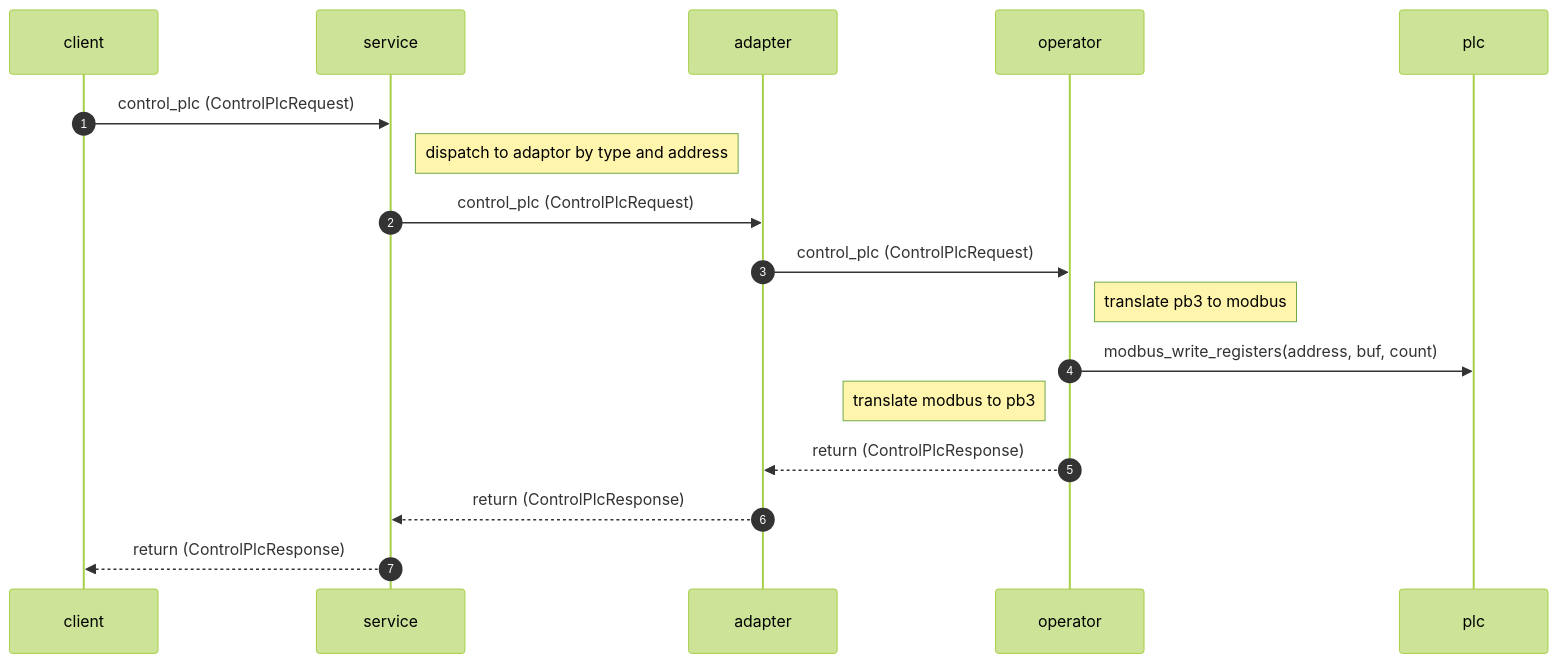
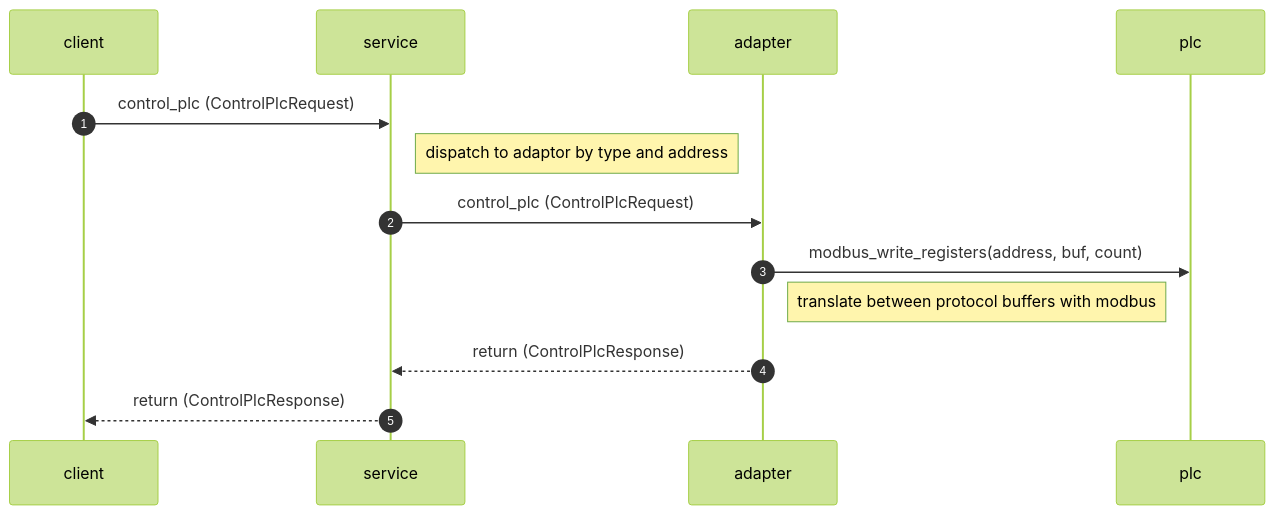
Before and after one commit to FutureOrientedGB/plc_control: the fifth of 6 diagrams in README.md, drawn with Mermaid (forest theme). The commit also changed other lines of this file and 3 other files, not shown here.

````diff
--- a/README.md
+++ b/README.md
@@ -52,20 +52,16 @@
 ```mermaid
 sequenceDiagram
     autonumber
     participant client
     participant service
     participant adapter
-    participant operator
     participant plc
 
 client->>service: control_plc (ControlPlcRequest)
 Note right of service: dispatch to adaptor by type and address
 service->>adapter: control_plc (ControlPlcRequest)
-adapter->>operator: control_plc (ControlPlcRequest)
-Note right of operator: translate pb3 to modbus
-operator->>plc: modbus_write_registers(address, buf, count)
-Note left of operator: translate modbus to pb3
-operator-->>adapter: return (ControlPlcResponse)
+adapter->>plc: modbus_write_registers(address, buf, count)
+Note right of adapter: translate between protocol buffers with modbus
 adapter-->>service: return (ControlPlcResponse)
 service-->>client: return (ControlPlcResponse)
 ```
````
